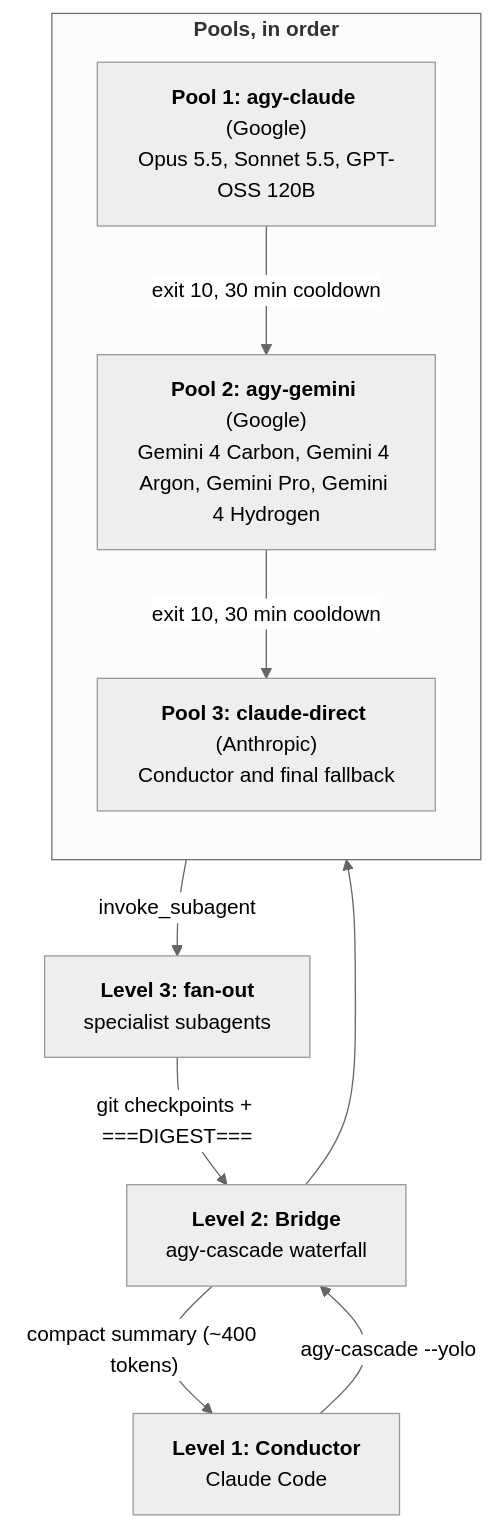
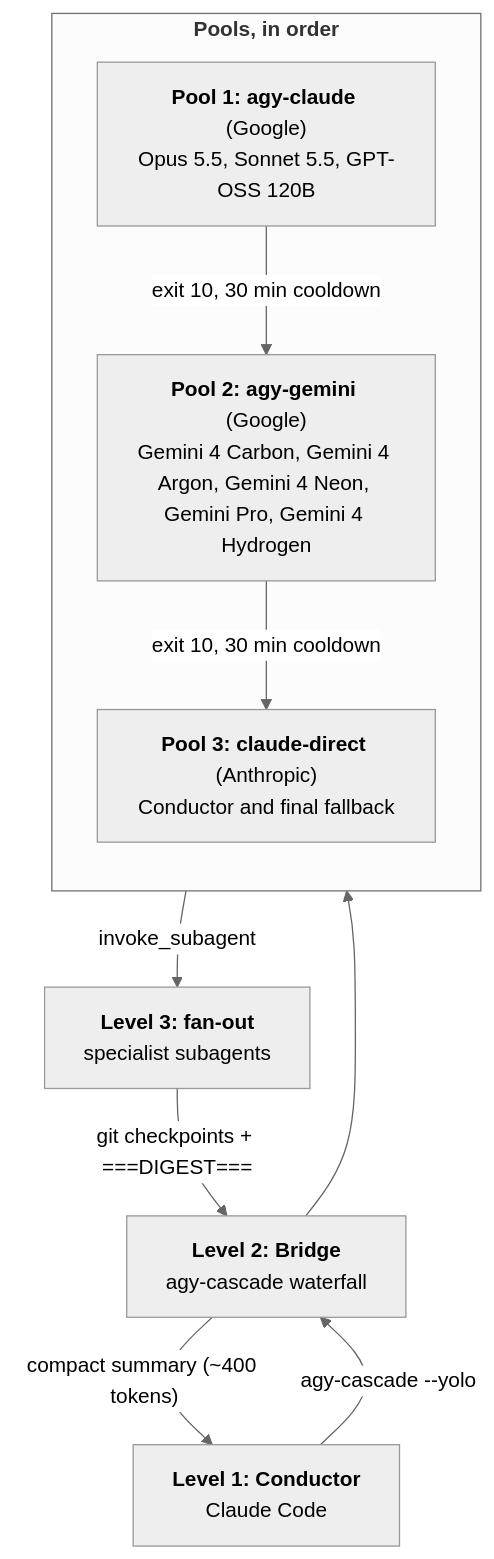
One commit to juanmarboledao2304/dual-agent-nexus changed the diagram in README.md. Above: the diagram before and after it, drawn with Mermaid (neutral theme). The commit also changed other lines of this file and 4 other files, not shown here.

First line of the commit message:
feat(roster): add Gemini 4 Neon mascot and cascade entry

````diff
--- a/README.md
+++ b/README.md
@@ -163,17 +163,17 @@
 ```mermaid
 flowchart TD
   L1["<b>Level 1: Conductor</b><br/>Claude Code"]
   L1 -->|"agy-cascade --yolo"| Bridge["<b>Level 2: Bridge</b><br/>agy-cascade waterfall"]
   subgraph Waterfall["<b>Pools, in order</b>"]
     direction TB
     Pool1["<b>Pool 1: agy-claude</b> (Google)<br/>Opus 5.5, Sonnet 5.5, GPT-OSS 120B"]
-    Pool2["<b>Pool 2: agy-gemini</b> (Google)<br/>Gemini 4 Carbon, Gemini 4 Argon, Gemini Pro, Gemini 4 Hydrogen"]
+    Pool2["<b>Pool 2: agy-gemini</b> (Google)<br/>Gemini 4 Carbon, Gemini 4 Argon, Gemini 4 Neon, Gemini Pro, Gemini 4 Hydrogen"]
     Pool3["<b>Pool 3: claude-direct</b> (Anthropic)<br/>Conductor and final fallback"]
     Pool1 -->|"exit 10, 30 min cooldown"| Pool2
     Pool2 -->|"exit 10, 30 min cooldown"| Pool3
   end
   Bridge --> Waterfall
   Waterfall -->|"invoke_subagent"| L3["<b>Level 3: fan-out</b><br/>specialist subagents"]
   L3 -->|"git checkpoints + ===DIGEST==="| Bridge
   Bridge -->|"compact summary (~400 tokens)"| L1
 ```
````
